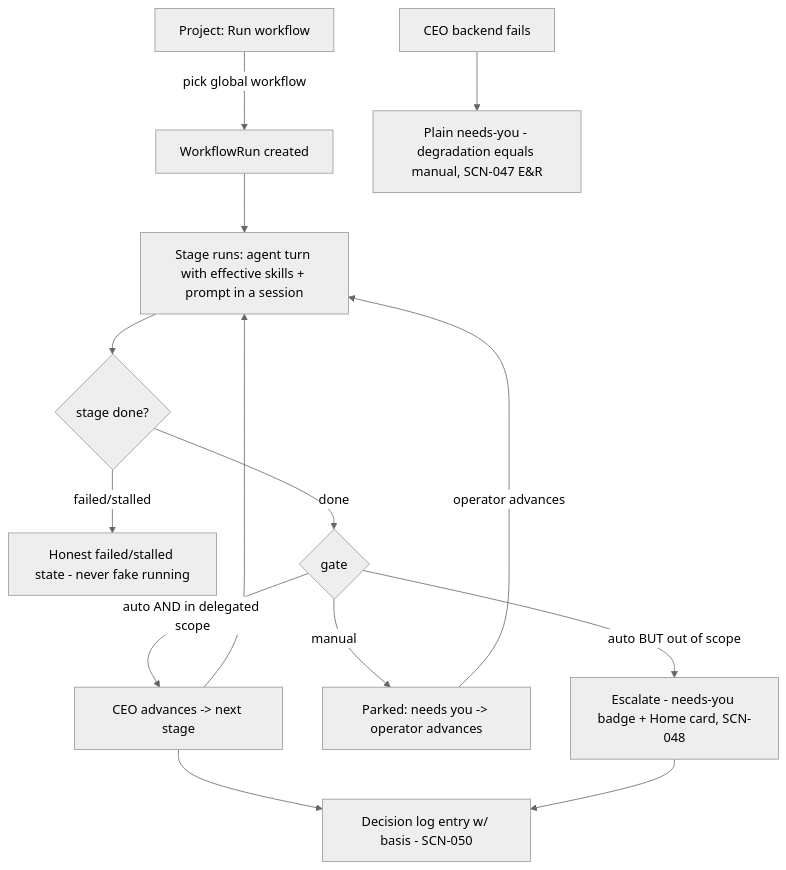
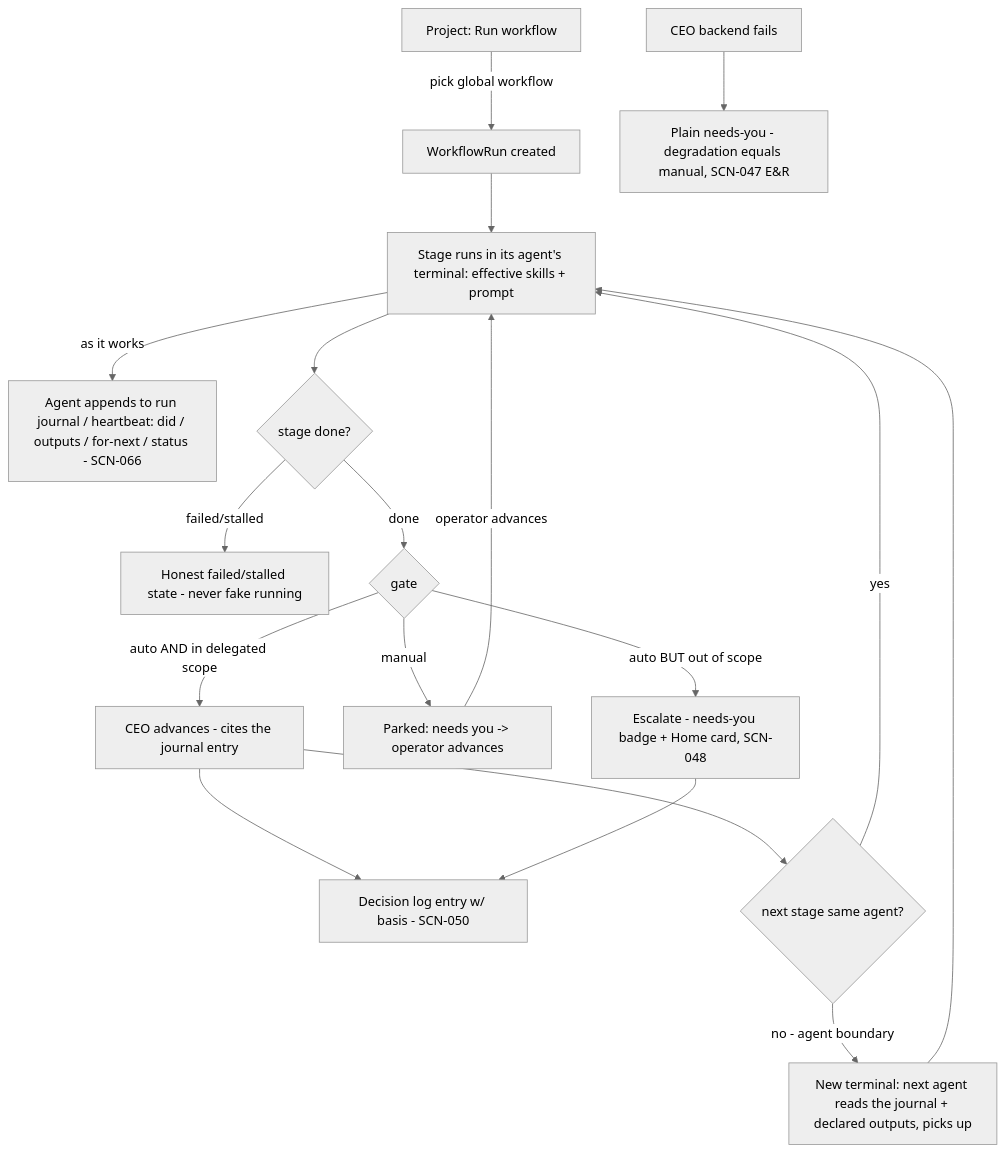
One commit to ssheleg/builder-pro-ai changed diagram 24 of 28 in docs/ux/flows.md. Above: the diagram before and after it, drawn with Mermaid (neutral theme). The commit also changed other lines of this file and 4 other files, not shown here.

````diff
--- a/docs/ux/flows.md
+++ b/docs/ux/flows.md
@@ -566,14 +571,18 @@
 ```mermaid
 flowchart TD
   TR[Project: Run workflow] -->|pick global workflow| RUN[WorkflowRun created]
-  RUN --> S[Stage runs: agent turn with effective skills + prompt in a session]
+  RUN --> S[Stage runs in its agent's terminal: effective skills + prompt]
+  S -->|as it works| HB[Agent appends to run journal / heartbeat: did / outputs / for-next / status - SCN-066]
   S --> D{stage done?}
   D -->|failed/stalled| F[Honest failed/stalled state - never fake running]
   D -->|done| GATE{gate}
-  GATE -->|auto AND in delegated scope| ADV[CEO advances -> next stage] --> LOG[Decision log entry w/ basis - SCN-050]
+  GATE -->|auto AND in delegated scope| ADV[CEO advances - cites the journal entry] --> LOG[Decision log entry w/ basis - SCN-050]
   GATE -->|manual| PARK[Parked: needs you -> operator advances]
   GATE -->|auto BUT out of scope| ESC[Escalate - needs-you badge + Home card, SCN-048] --> LOG
-  ADV --> S
+  ADV --> AB{next stage same agent?}
+  AB -->|yes| S
+  AB -->|no - agent boundary| NT[New terminal: next agent reads the journal + declared outputs, picks up]
+  NT --> S
   PARK -->|operator advances| S
   CEOFAIL[CEO backend fails] --> DEGR[Plain needs-you - degradation equals manual, SCN-047 E&R]
 ```
````
